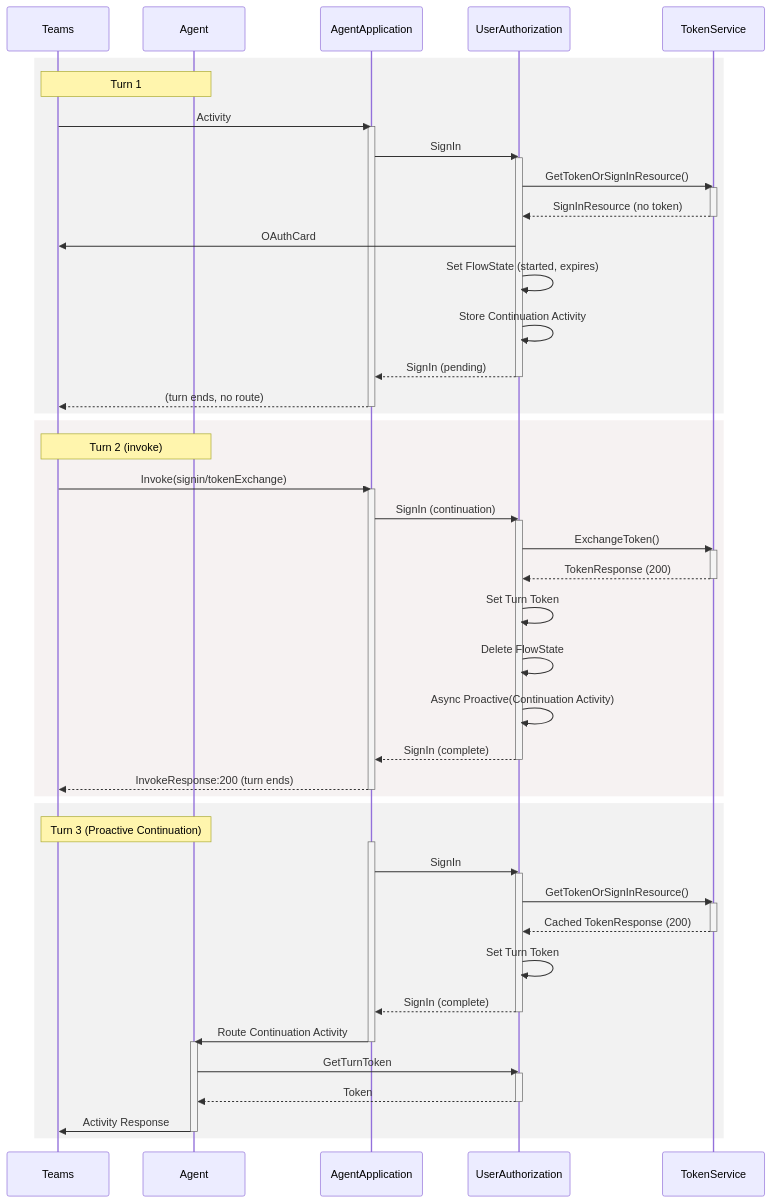
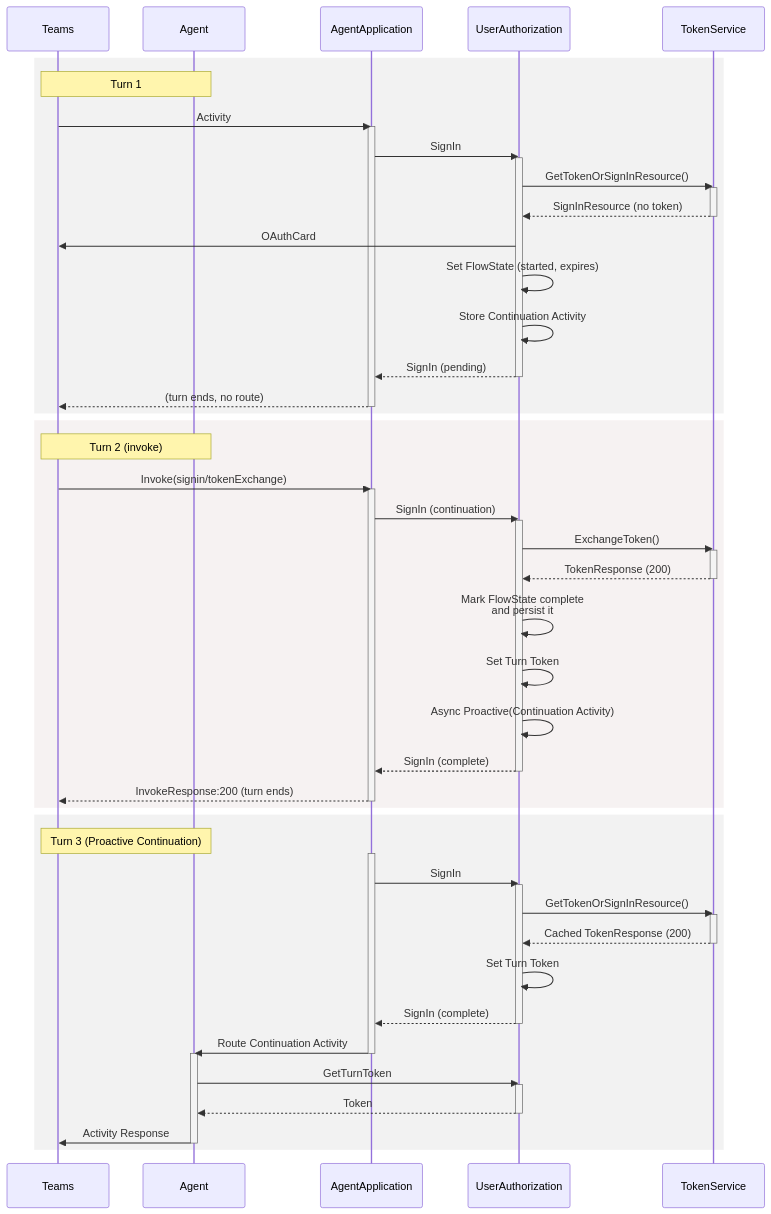
The second of 4 diagrams in docs/teams-sso-sequence-diagram.md (microsoft/Agents-for-net), drawn with Mermaid before and after one commit. The commit also changed other lines of this file and 11 other files, not shown here.

First line of the commit message:
docs: refresh architecture and sequence diagrams

````diff
--- a/docs/teams-sso-sequence-diagram.md
+++ b/docs/teams-sso-sequence-diagram.md
@@ -50,72 +50,72 @@
 ```mermaid
 sequenceDiagram
     participant Teams
     participant Agent
     participant AgentApplication
     participant UserAuthorization
     participant TokenService
 
     %% turn 1
     rect rgba(128, 128, 128, .1)
     Note over Teams,Agent: Turn 1
     Teams->>AgentApplication: Activity
     activate AgentApplication
     AgentApplication->>UserAuthorization: SignIn
     activate UserAuthorization
     UserAuthorization->>TokenService: GetTokenOrSignInResource()
     activate TokenService
     TokenService-->>UserAuthorization: SignInResource (no token)
     deactivate TokenService
     UserAuthorization->>Teams: OAuthCard
     UserAuthorization->>UserAuthorization: Set FlowState (started, expires)
     UserAuthorization->>UserAuthorization: Store Continuation Activity
     UserAuthorization-->>AgentApplication: SignIn (pending)
     deactivate UserAuthorization
     AgentApplication-->>Teams: (turn ends, no route)
     deactivate AgentApplication
     end
 
     %% turn 2
     rect rgba(170, 128, 128, .1)
     Note over Teams, Agent: Turn 2 (invoke)
     Teams->>AgentApplication: Invoke(signin/tokenExchange)
     activate AgentApplication
     AgentApplication->>UserAuthorization: SignIn (continuation)
     activate UserAuthorization
     UserAuthorization->>TokenService: ExchangeToken()
     activate TokenService
     TokenService-->>UserAuthorization: TokenResponse (200)
     deactivate TokenService
+    UserAuthorization->>UserAuthorization: Mark FlowState complete<br/>and persist it
     UserAuthorization->>UserAuthorization: Set Turn Token
-    UserAuthorization->>UserAuthorization: Delete FlowState
     UserAuthorization->>UserAuthorization: Async Proactive(Continuation Activity)
     UserAuthorization-->>AgentApplication: SignIn (complete)
     deactivate UserAuthorization
     AgentApplication-->>Teams: InvokeResponse:200 (turn ends)
     deactivate AgentApplication
     end
 
     %% turn 3
     rect rgba(128, 128, 128, .1)
     Note over Agent,Teams: Turn 3 (Proactive Continuation)
     activate AgentApplication
     AgentApplication->>UserAuthorization: SignIn
     activate UserAuthorization
     UserAuthorization->>TokenService: GetTokenOrSignInResource()
     activate TokenService
     TokenService-->>UserAuthorization: Cached TokenResponse (200)
     deactivate TokenService
     UserAuthorization->>UserAuthorization: Set Turn Token
     UserAuthorization-->>AgentApplication: SignIn (complete)
     deactivate UserAuthorization
     AgentApplication->>Agent: Route Continuation Activity
     deactivate AgentApplication
     activate Agent
     Agent->>UserAuthorization: GetTurnToken
     activate UserAuthorization
     UserAuthorization-->>Agent: Token
     deactivate UserAuthorization
     Agent->>Teams: Activity Response
     deactivate Agent
     end
 ```
````
